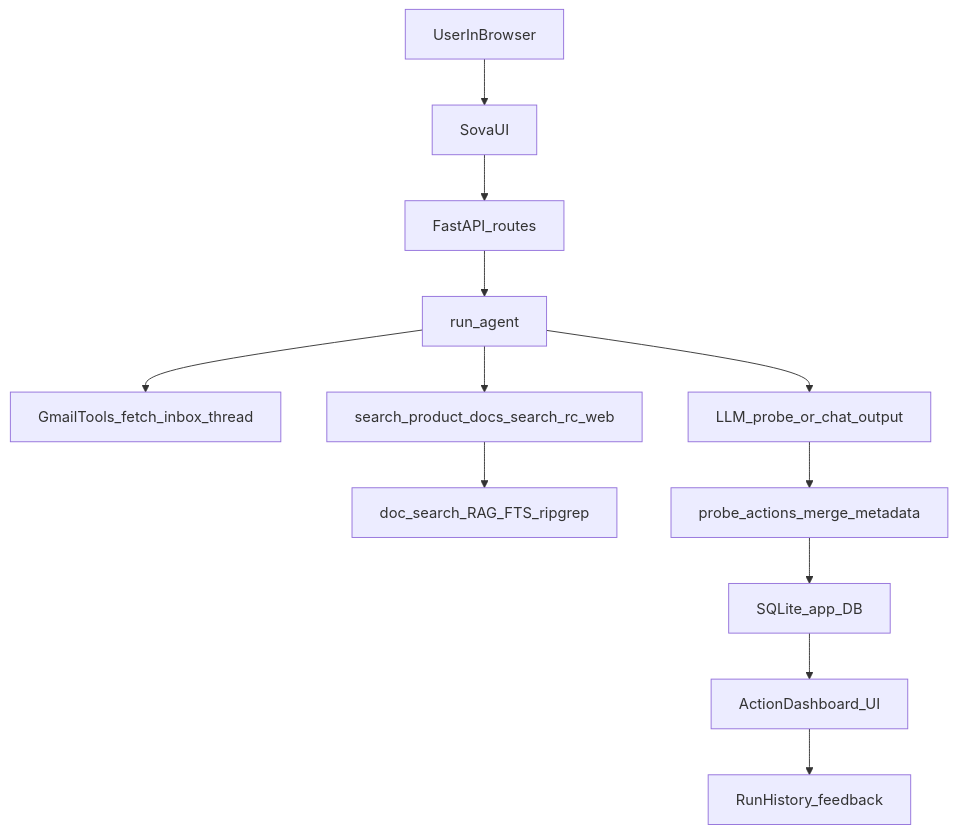
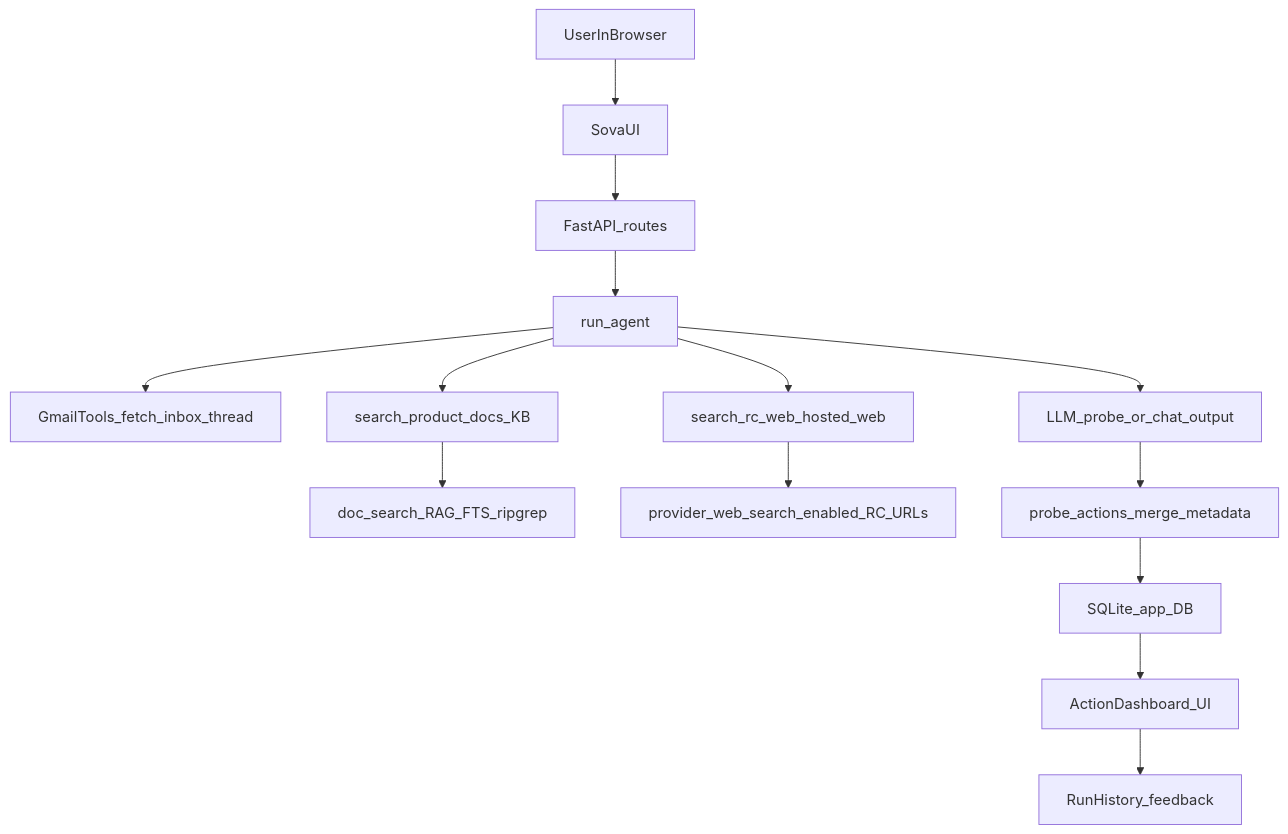
The first of 3 diagrams in docs/ARCHITECTURE.md (sangyoon-pak/Sova_CSM_Radar_247), drawn with Mermaid before and after one commit. The commit also changed other lines of this file and 7 other files, not shown here.

First line of the commit message:
Separate KB retrieval from hosted web retrieval with mode-aware orchestration.

````diff
--- a/docs/ARCHITECTURE.md
+++ b/docs/ARCHITECTURE.md
@@ -26,15 +26,17 @@
 ```mermaid
 %%{init: {"themeCSS": ".edgePath path{stroke-width:3px !important;} .flowchart-link{stroke-width:3px !important;} .edge-pattern-dotted{stroke-width:3px !important;} .edge-pattern-dashed{stroke-width:3px !important;}"}}%%
 flowchart TD
   user[UserInBrowser] --> ui[SovaUI]
   ui --> api[FastAPI_routes]
   api --> runAgent[run_agent]
   runAgent --> gmail[GmailTools_fetch_inbox_thread]
-  runAgent --> retrieve[search_product_docs_search_rc_web]
-  retrieve --> rag[doc_search_RAG_FTS_ripgrep]
+  runAgent --> kbTool[search_product_docs_KB]
+  kbTool --> kbPipeline[doc_search_RAG_FTS_ripgrep]
+  runAgent --> webTool[search_rc_web_hosted_web]
+  webTool --> hostedWeb[provider_web_search_enabled_RC_URLs]
   runAgent --> llmJson[LLM_probe_or_chat_output]
   llmJson --> merge[probe_actions_merge_metadata]
   merge --> db[SQLite_app_DB]
   db --> dashUi[ActionDashboard_UI]
   dashUi --> feedback[RunHistory_feedback]
 ```
````
